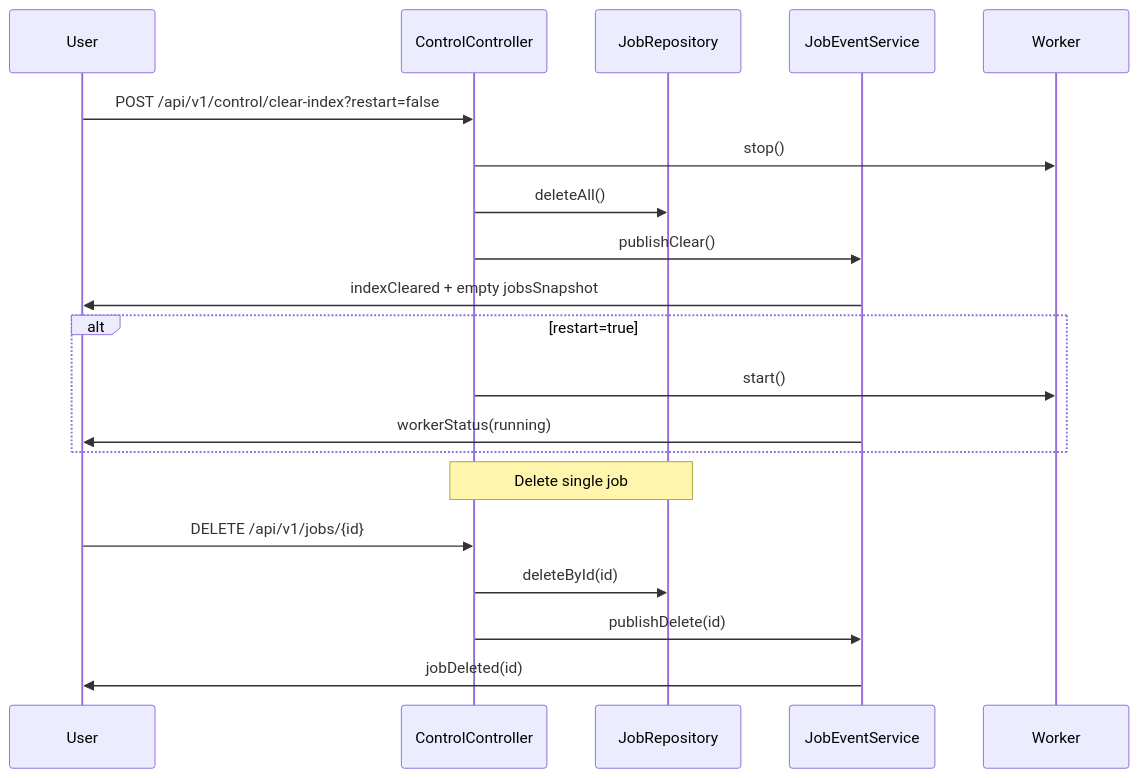
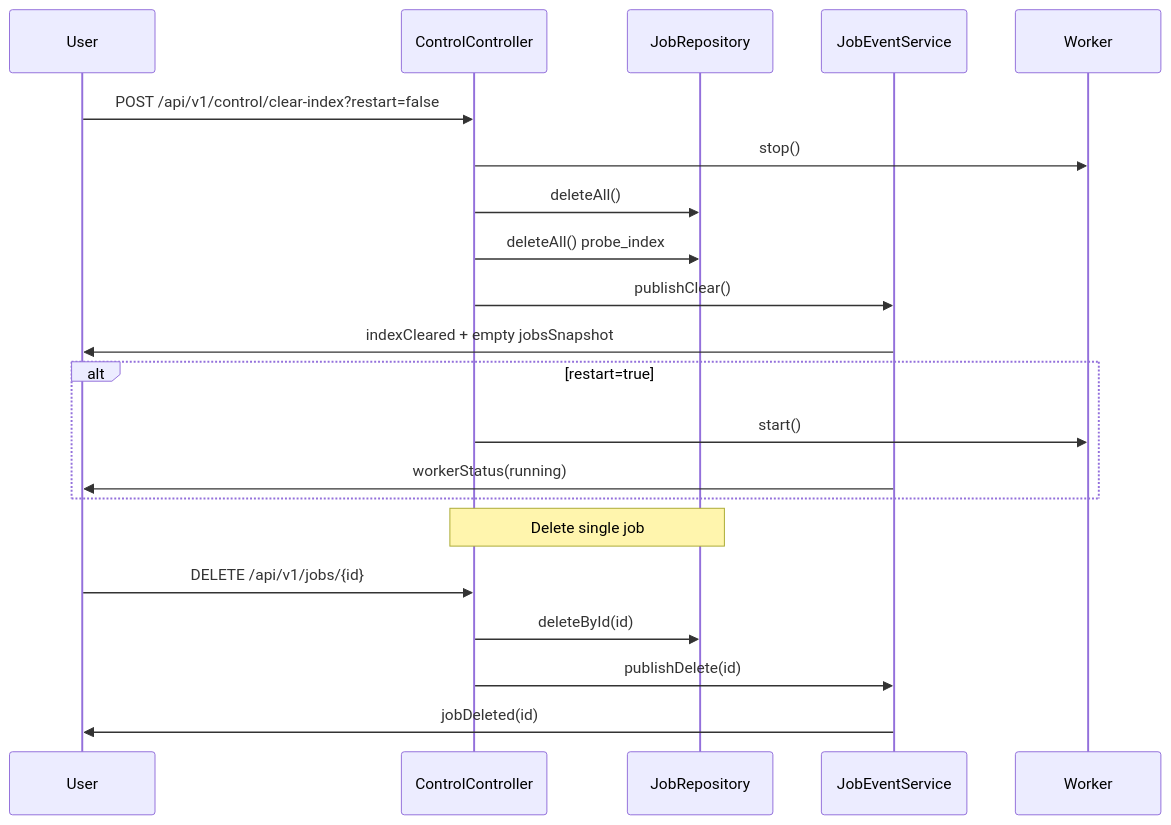
Before and after one commit to martinrevert/AACKiller: the fifth of 5 diagrams in README.md, drawn with Mermaid. The commit also changed other lines of this file and 14 other files, not shown here.

````diff
--- a/README.md
+++ b/README.md
@@ -173,24 +174,25 @@
 ```mermaid
 sequenceDiagram
 	participant User
 	participant API as ControlController
 	participant Repo as JobRepository
 	participant Events as JobEventService
 
 	User->>API: POST /api/v1/control/clear-index?restart=false
 	API->>Worker: stop()
 	API->>Repo: deleteAll()
+	API->>Repo: deleteAll() probe_index
 	API->>Events: publishClear()
 	Events->>User: indexCleared + empty jobsSnapshot
 
 	alt restart=true
 		API->>Worker: start()
 		Events->>User: workerStatus(running)
 	end
 
 	note over API,Repo: Delete single job
 	User->>API: DELETE /api/v1/jobs/{id}
 	API->>Repo: deleteById(id)
 	API->>Events: publishDelete(id)
 	Events->>User: jobDeleted(id)
 ```
````
